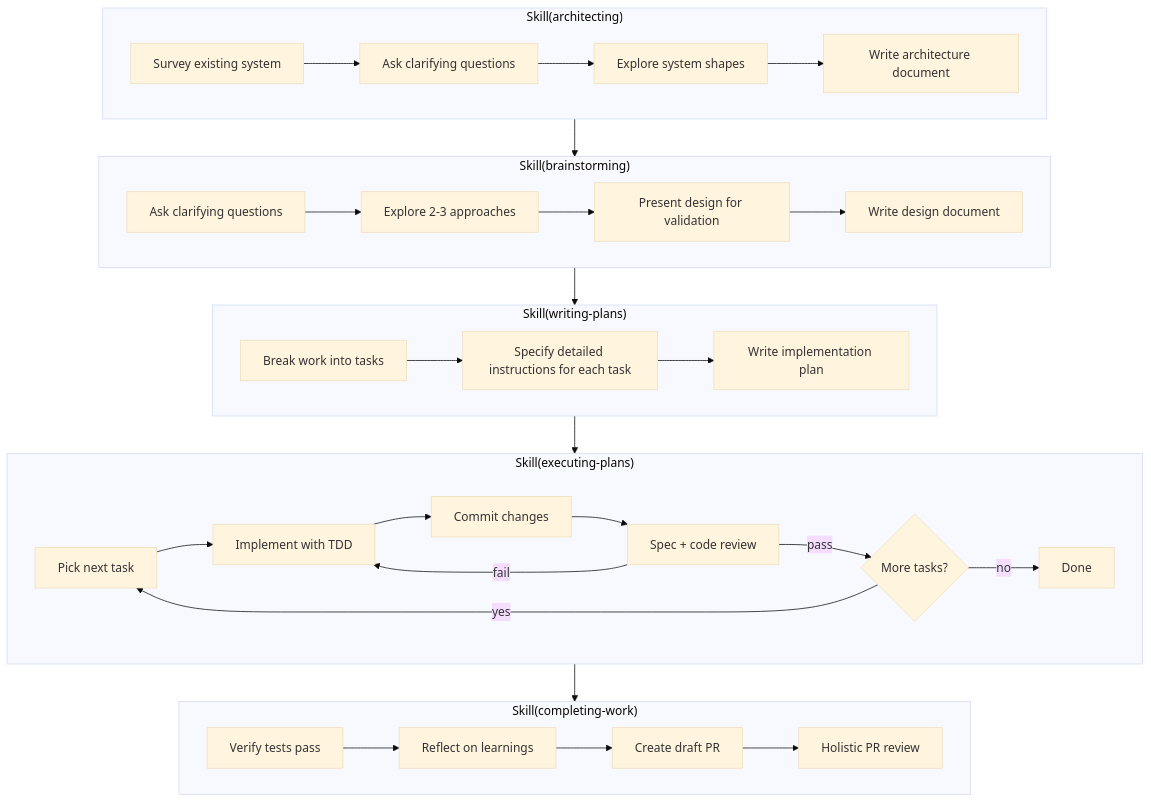
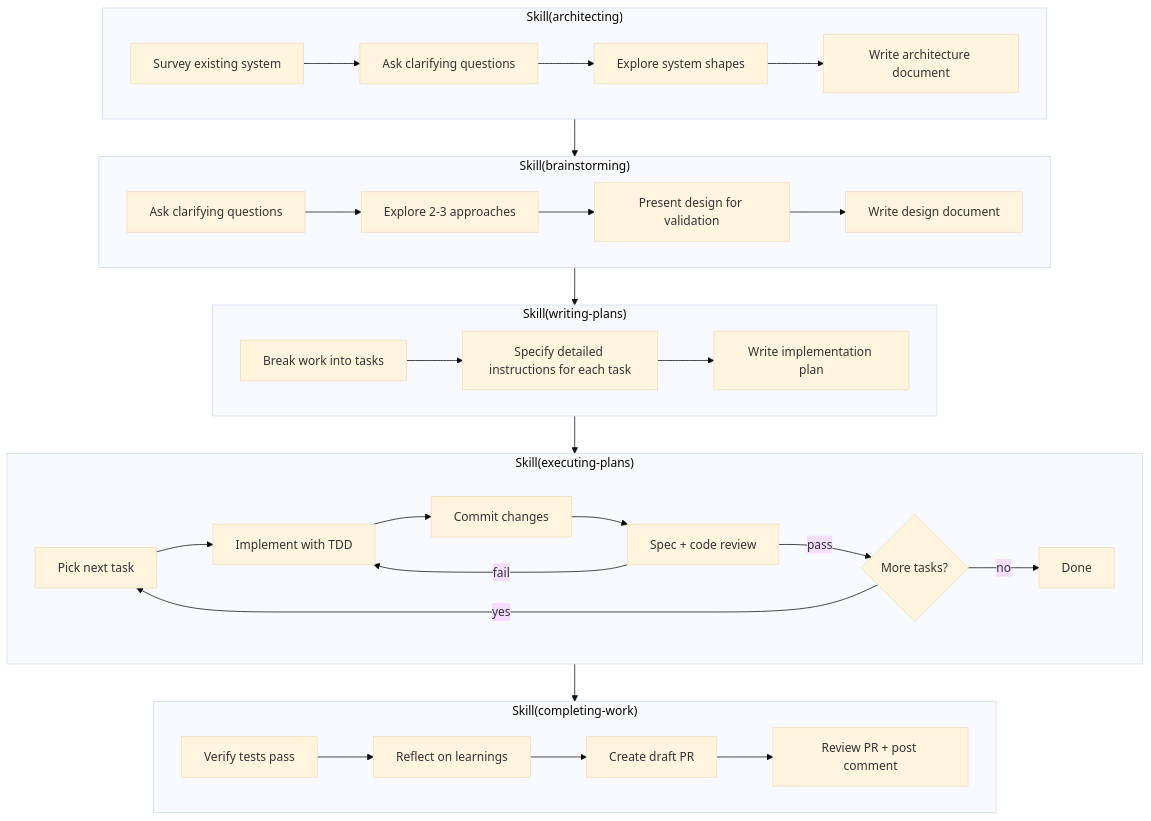
The diagram in README.md (averycrespi/claudefiles), drawn with Mermaid (base theme) before and after one commit.

Commit message:
docs: clarify PR review step in workflow diagram

````diff
--- a/README.md
+++ b/README.md
@@ -36,37 +36,37 @@
 ```mermaid
 flowchart TD
     subgraph Architecting["Skill(architecting)"]
         A1[Survey existing system] --> A2[Ask clarifying questions]
         A2 --> A3[Explore system shapes]
         A3 --> A4[Write architecture document]
     end
 
     subgraph Brainstorming["Skill(brainstorming)"]
         B1[Ask clarifying questions] --> B2[Explore 2-3 approaches]
         B2 --> B3[Present design for validation]
         B3 --> B4[Write design document]
     end
 
     subgraph Planning["Skill(writing-plans)"]
         P1[Break work into tasks] --> P2[Specify detailed instructions for each task]
         P2 --> P3[Write implementation plan]
     end
 
     subgraph Executing["Skill(executing-plans)"]
         E1[Pick next task] --> E2[Implement with TDD]
         E2 --> E3[Commit changes]
         E3 --> E4[Spec + code review]
         E4 -->|fail| E2
         E4 -->|pass| E5{More tasks?}
         E5 -->|yes| E1
         E5 -->|no| E6[Done]
     end
 
     subgraph Completing["Skill(completing-work)"]
         C1[Verify tests pass] --> C2[Reflect on learnings]
         C2 --> C3[Create draft PR]
-        C3 --> C4[Holistic PR review]
+        C3 --> C4[Review PR + post comment]
     end
 
     Architecting --> Brainstorming --> Planning --> Executing --> Completing
 ```
````
